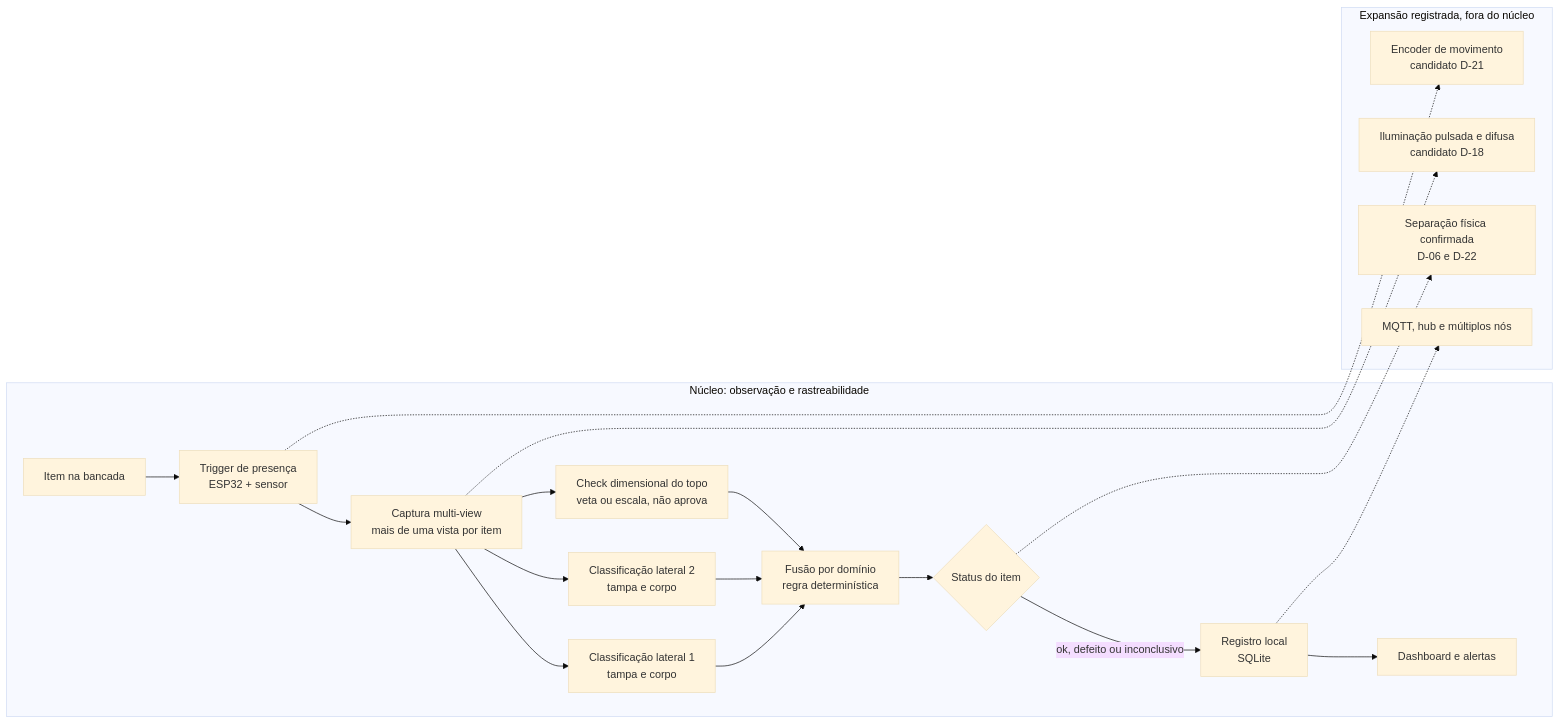
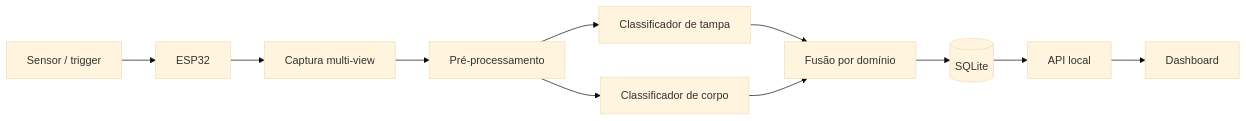
The diagram in README.md (Nertonm/tcc-pnaat), drawn with Mermaid (base theme) before and after one commit. The commit also changed other lines of this file and 7 other files, not shown here.

````diff
--- a/README.md
+++ b/README.md
@@ -19,26 +41,13 @@
 ```mermaid
 flowchart LR
-    subgraph nucleo[Núcleo: observação e rastreabilidade]
-        item[Item na bancada] --> trigger[Trigger de presença<br/>ESP32 + sensor]
-        trigger --> captura[Captura multi-view<br/>mais de uma vista por item]
-        captura --> cls1[Classificação lateral 1<br/>tampa e corpo]
-        captura --> cls2[Classificação lateral 2<br/>tampa e corpo]
-        captura --> cls3[Check dimensional do topo<br/>veta ou escala, não aprova]
-        cls1 --> fusao[Fusão por domínio<br/>regra determinística]
-        cls2 --> fusao
-        cls3 --> fusao
-        fusao --> decisao{Status do item}
-        decisao -->|ok, defeito ou inconclusivo| registro[Registro local<br/>SQLite]
-        registro --> dash[Dashboard e alertas]
-    end
-    subgraph expansao[Expansão registrada, fora do núcleo]
-        encoder[Encoder de movimento<br/>candidato D-21]
-        ilum[Iluminação pulsada e difusa<br/>candidato D-18]
-        separacao[Separação física confirmada<br/>D-06 e D-22]
-        rede[MQTT, hub e múltiplos nós]
-    end
-    trigger -.-> encoder
-    captura -.-> ilum
-    decisao -.-> separacao
-    registro -.-> rede
+    S[Sensor / trigger] --> E[ESP32]
+    E --> C[Captura multi-view]
+    C --> P[Pré-processamento]
+    P --> T[Classificador de tampa]
+    P --> B[Classificador de corpo]
+    T --> F[Fusão por domínio]
+    B --> F
+    F --> R[(SQLite)]
+    R --> A[API local]
+    A --> D[Dashboard]
 ```
````
